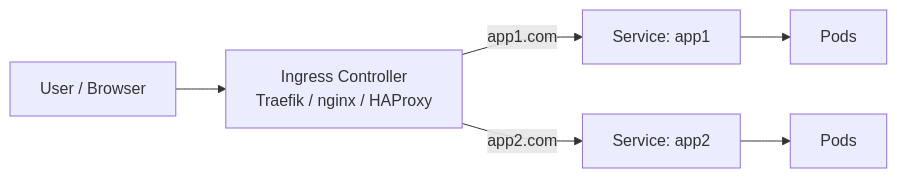
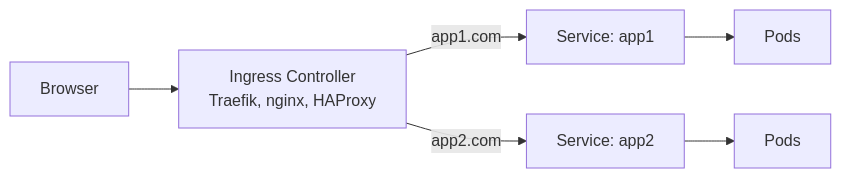
One commit to ShantayyaSwami/shantayyaswami-blog changed the first of 9 diagrams in src/content/blog/tls-mastery-part-7-kubernetes-ingress-tls.md. Above: the diagram before and after it, drawn with Mermaid.

Commit message:
Fix flowchart: remove forward slashes from node labels
Forward slashes inside [] node labels break Mermaid's parser.
Replace 'User / Browser' with 'Browser' and 'Traefik / nginx / HAProxy'
with 'Traefik, nginx, HAProxy'.

````diff
--- a/src/content/blog/tls-mastery-part-7-kubernetes-ingress-tls.md
+++ b/src/content/blog/tls-mastery-part-7-kubernetes-ingress-tls.md
@@ -32,8 +32,8 @@
 ```mermaid
 flowchart LR
-    U[User / Browser] --> IC[Ingress Controller<br/>Traefik / nginx / HAProxy]
+    U[Browser] --> IC[Ingress Controller<br/>Traefik, nginx, HAProxy]
     IC -->|app1.com| A1[Service: app1]
     IC -->|app2.com| A2[Service: app2]
     A1 --> P1[Pods]
     A2 --> P2[Pods]
 ```
````
